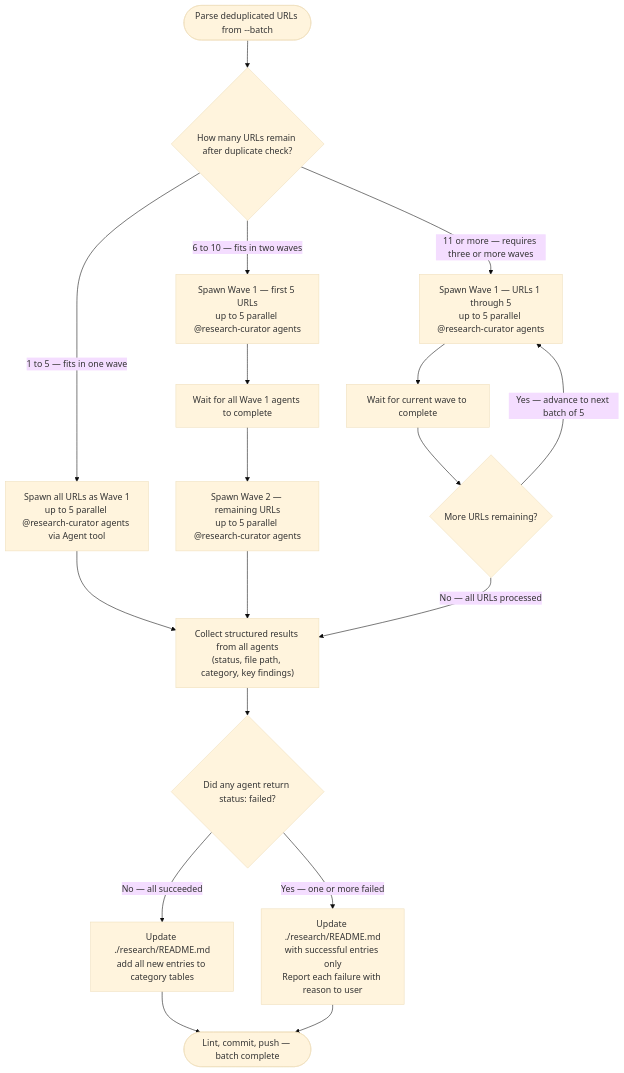
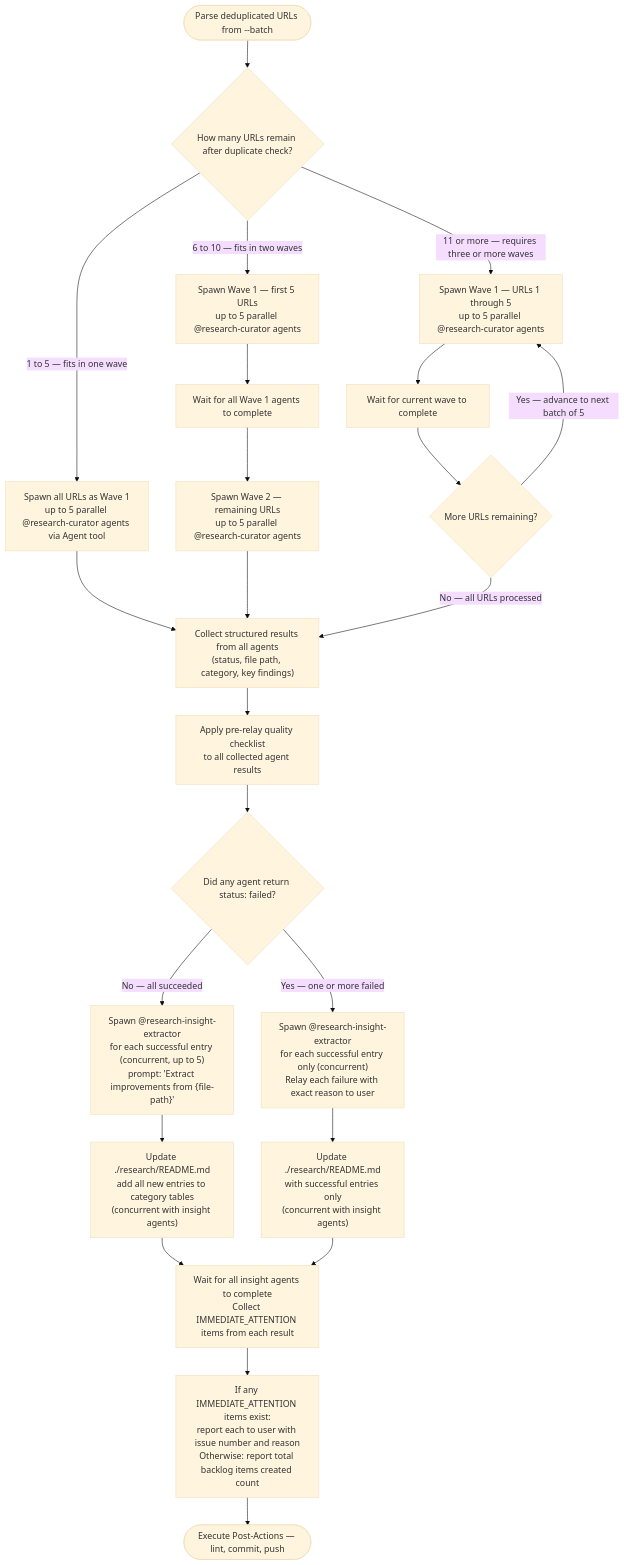
Before and after one commit to chgreer1070/claude_skills: the diagram in .claude/skills/research-curator/references/batch-mode.md, drawn with Mermaid (base theme). The commit also changed other lines of this file and 3 other files, not shown here.

````diff
--- a/.claude/skills/research-curator/references/batch-mode.md
+++ b/.claude/skills/research-curator/references/batch-mode.md
@@ -23,20 +29,25 @@
 ```mermaid
 flowchart TD
     Start(["Parse deduplicated URLs from --batch"]) --> Count{"How many URLs remain after duplicate check?"}
     Count -->|"1 to 5 — fits in one wave"| Wave1["Spawn all URLs as Wave 1<br>up to 5 parallel @research-curator agents via Agent tool"]
     Count -->|"6 to 10 — fits in two waves"| W1a["Spawn Wave 1 — first 5 URLs<br>up to 5 parallel @research-curator agents"]
     Count -->|"11 or more — requires three or more waves"| WNa["Spawn Wave 1 — URLs 1 through 5<br>up to 5 parallel @research-curator agents"]
     Wave1 --> Collect["Collect structured results from all agents<br>(status, file path, category, key findings)"]
     W1a --> W1aDone["Wait for all Wave 1 agents to complete"]
     W1aDone --> W2a["Spawn Wave 2 — remaining URLs<br>up to 5 parallel @research-curator agents"]
     W2a --> Collect
     WNa --> WNaDone["Wait for current wave to complete"]
     WNaDone --> QMore{"More URLs remaining?"}
     QMore -->|"Yes — advance to next batch of 5"| WNa
     QMore -->|"No — all URLs processed"| Collect
-    Collect --> Results{"Did any agent return status: failed?"}
-    Results -->|"No — all succeeded"| README["Update ./research/README.md<br>add all new entries to category tables"]
-    Results -->|"Yes — one or more failed"| Partial["Update ./research/README.md<br>with successful entries only<br>Report each failure with reason to user"]
-    README --> Finalize(["Lint, commit, push — batch complete"])
-    Partial --> Finalize
+    Collect --> RelayCheck["Apply pre-relay quality checklist<br>to all collected agent results"]
+    RelayCheck --> Results{"Did any agent return status: failed?"}
+    Results -->|"No — all succeeded"| SpawnInsights["Spawn @research-insight-extractor<br>for each successful entry (concurrent, up to 5)<br>prompt: 'Extract improvements from {file-path}'"]
+    Results -->|"Yes — one or more failed"| SpawnInsightsPartial["Spawn @research-insight-extractor<br>for each successful entry only (concurrent)<br>Relay each failure with exact reason to user"]
+    SpawnInsights --> UpdateAll["Update ./research/README.md<br>add all new entries to category tables<br>(concurrent with insight agents)"]
+    SpawnInsightsPartial --> Partial["Update ./research/README.md<br>with successful entries only<br>(concurrent with insight agents)"]
+    UpdateAll --> WaitInsights["Wait for all insight agents to complete<br>Collect IMMEDIATE_ATTENTION items from each result"]
+    Partial --> WaitInsights
+    WaitInsights --> NotifyUser["If any IMMEDIATE_ATTENTION items exist:<br>report each to user with issue number and reason<br>Otherwise: report total backlog items created count"]
+    NotifyUser --> PostActions(["Execute Post-Actions — lint, commit, push"])
 ```
````
